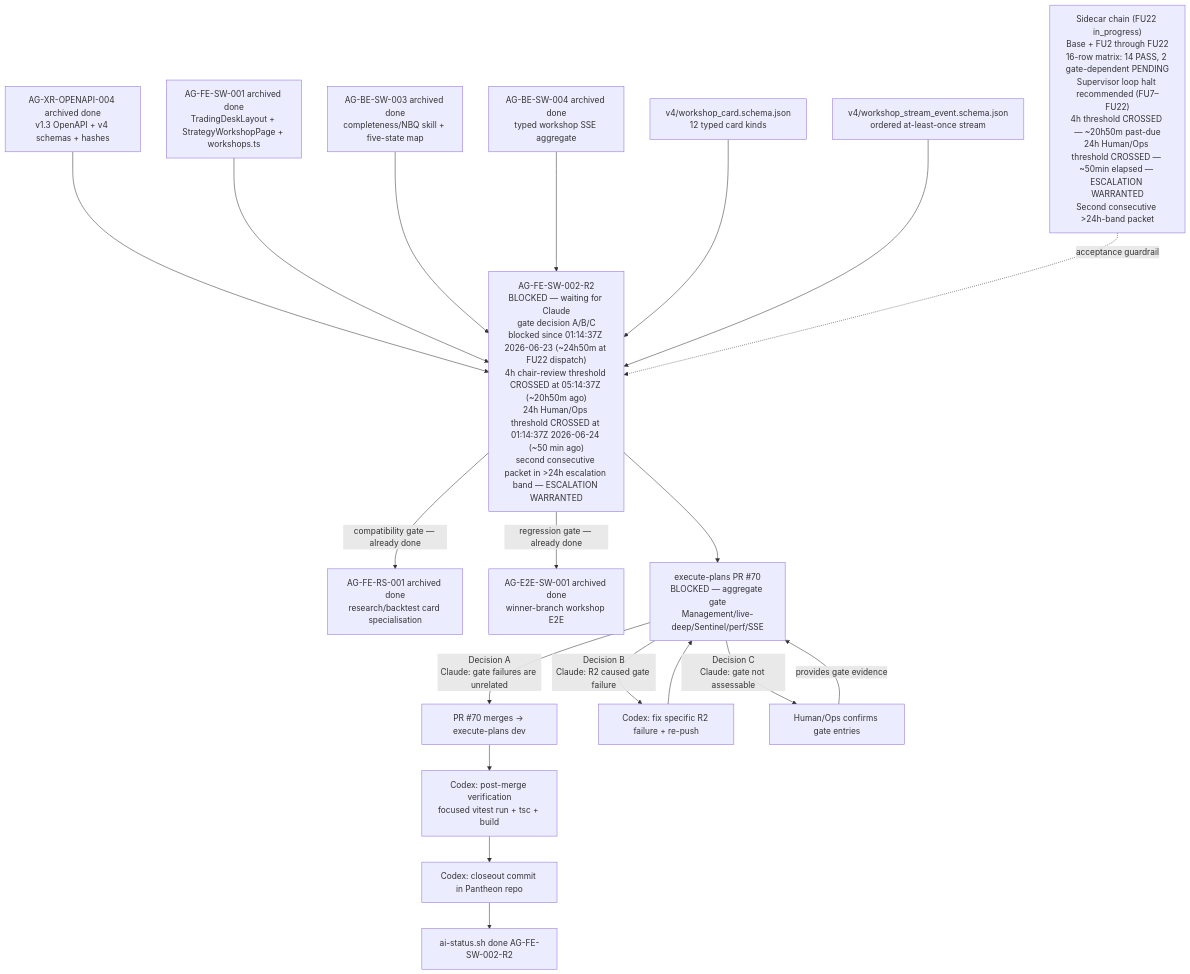
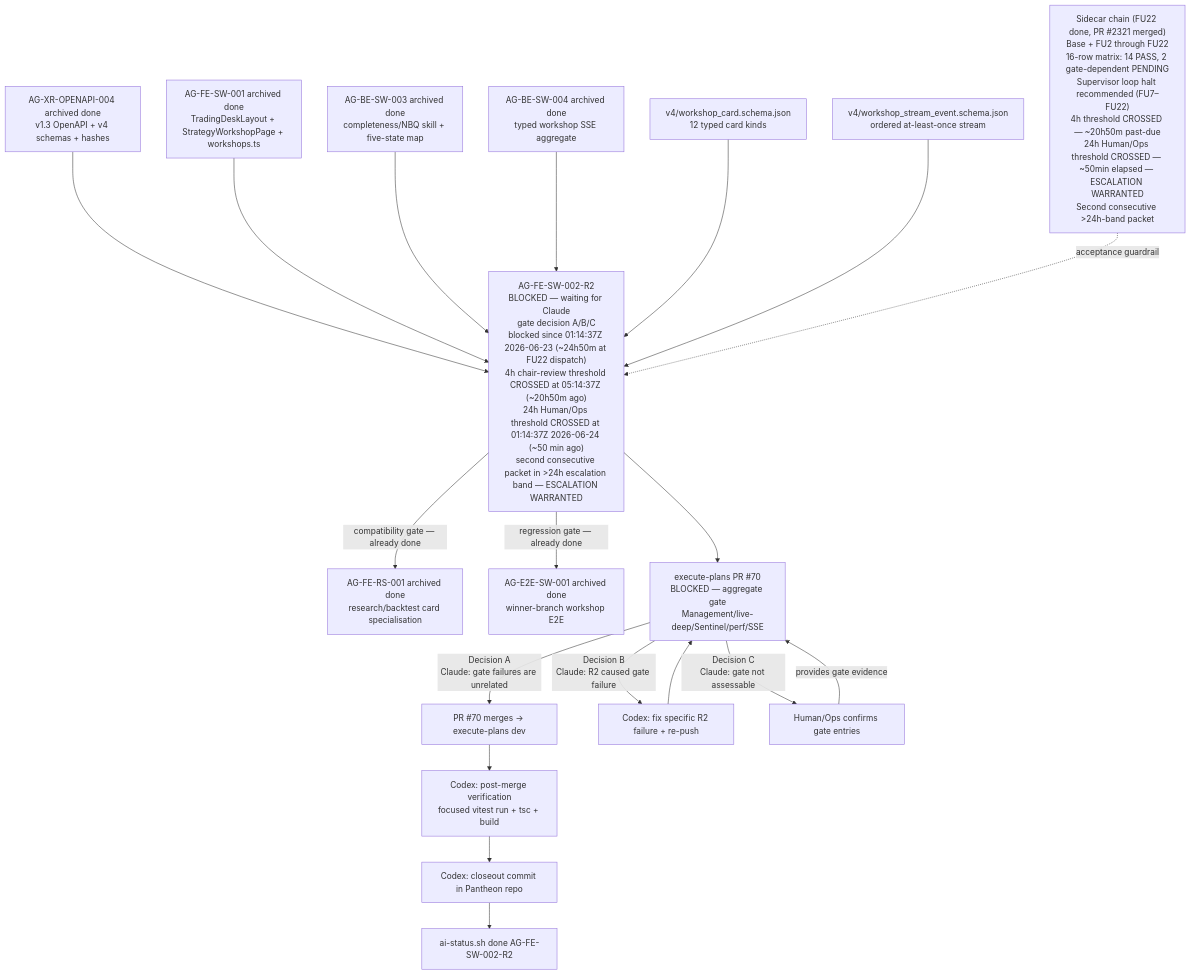
Before and after one commit to ajoe734/pantheon: the diagram in support/sidecars/AG-FE-SW-002-R2/AG-FE-SW-002-R2-SIDECAR-ACCEPTANCE-FOLLOWUP-22.md, drawn with Mermaid. The commit also changed other lines of this file, not shown here.

First line of the commit message:
AG-FE-SW-002-R2-SIDECAR-ACCEPTANCE-FOLLOWUP-22: record owner closeout

````diff
--- a/support/sidecars/AG-FE-SW-002-R2/AG-FE-SW-002-R2-SIDECAR-ACCEPTANCE-FOLLOWUP-22.md
+++ b/support/sidecars/AG-FE-SW-002-R2/AG-FE-SW-002-R2-SIDECAR-ACCEPTANCE-FOLLOWUP-22.md
@@ -286,28 +286,28 @@
 ```mermaid
 graph TD
     XR004["AG-XR-OPENAPI-004 archived done<br/>v1.3 OpenAPI + v4 schemas + hashes"] --> FESW002R2
     FESW001["AG-FE-SW-001 archived done<br/>TradingDeskLayout + StrategyWorkshopPage + workshops.ts"] --> FESW002R2
     BESW003["AG-BE-SW-003 archived done<br/>completeness/NBQ skill + five-state map"] --> FESW002R2
     BESW004["AG-BE-SW-004 archived done<br/>typed workshop SSE aggregate"] --> FESW002R2
     CardSchema["v4/workshop_card.schema.json<br/>12 typed card kinds"] --> FESW002R2
     StreamSchema["v4/workshop_stream_event.schema.json<br/>ordered at-least-once stream"] --> FESW002R2
 
     FESW002R2["AG-FE-SW-002-R2<br/>BLOCKED — waiting for Claude<br/>gate decision A/B/C<br/>blocked since 01:14:37Z 2026-06-23 (~24h50m at FU22 dispatch)<br/>4h chair-review threshold CROSSED at 05:14:37Z (~20h50m ago)<br/>24h Human/Ops threshold CROSSED at 01:14:37Z 2026-06-24 (~50 min ago)<br/>second consecutive packet in >24h escalation band — ESCALATION WARRANTED"]
 
     FESW002R2 -->|"compatibility gate — already done"| FERS001["AG-FE-RS-001 archived done<br/>research/backtest card specialisation"]
     FESW002R2 -->|"regression gate — already done"| E2E["AG-E2E-SW-001 archived done<br/>winner-branch workshop E2E"]
     FESW002R2 --> PR70["execute-plans PR #70<br/>BLOCKED — aggregate gate<br/>Management/live-deep/Sentinel/perf/SSE"]
 
     PR70 -->|"Decision A<br/>Claude: gate failures are unrelated"| Merge["PR #70 merges → execute-plans dev"]
     PR70 -->|"Decision B<br/>Claude: R2 caused gate failure"| Fix["Codex: fix specific R2 failure + re-push"]
     PR70 -->|"Decision C<br/>Claude: gate not assessable"| HumanOps["Human/Ops confirms gate entries"]
 
     Fix --> PR70
     HumanOps -->|"provides gate evidence"| PR70
 
     Merge --> PostMerge["Codex: post-merge verification<br/>focused vitest run + tsc + build"]
     PostMerge --> CloseoutCommit["Codex: closeout commit in Pantheon repo"]
     CloseoutCommit --> Done["ai-status.sh done AG-FE-SW-002-R2"]
 
-    SidecarChain["Sidecar chain (FU22 in_progress)<br/>Base + FU2 through FU22<br/>16-row matrix: 14 PASS, 2 gate-dependent PENDING<br/>Supervisor loop halt recommended (FU7–FU22)<br/>4h threshold CROSSED — ~20h50m past-due<br/>24h Human/Ops threshold CROSSED — ~50min elapsed — ESCALATION WARRANTED<br/>Second consecutive >24h-band packet"] -.->|"acceptance guardrail"| FESW002R2
+    SidecarChain["Sidecar chain (FU22 done, PR #2321 merged)<br/>Base + FU2 through FU22<br/>16-row matrix: 14 PASS, 2 gate-dependent PENDING<br/>Supervisor loop halt recommended (FU7–FU22)<br/>4h threshold CROSSED — ~20h50m past-due<br/>24h Human/Ops threshold CROSSED — ~50min elapsed — ESCALATION WARRANTED<br/>Second consecutive >24h-band packet"] -.->|"acceptance guardrail"| FESW002R2
 ```
````
